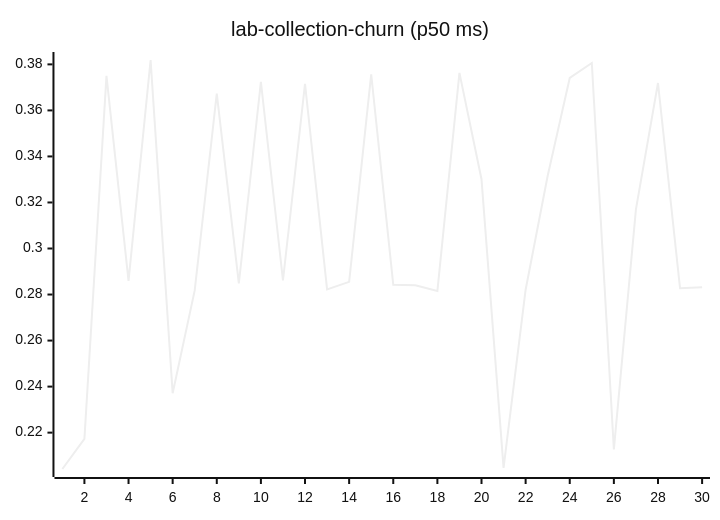
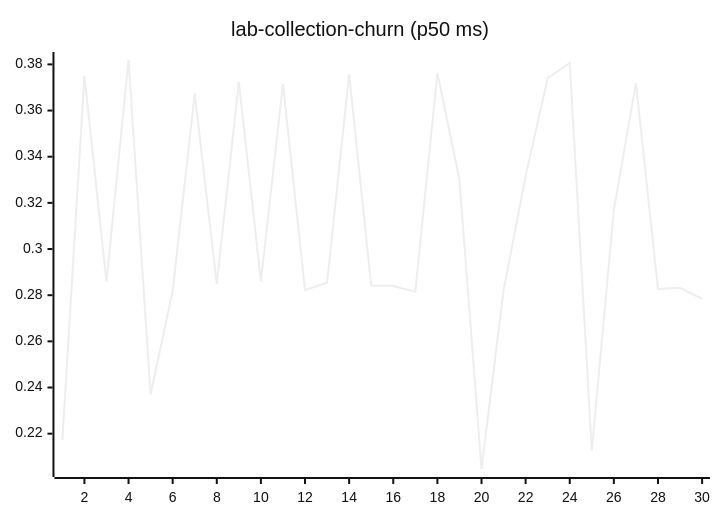
Before and after one commit to josha/Facet: diagram 11 of 27 in README.md, drawn with Mermaid (neutral theme). The commit also changed other lines of this file and 2 other files, not shown here.

````diff
--- a/README.md
+++ b/README.md
@@ -133,6 +133,6 @@
 ```mermaid
 xychart-beta
     title "lab-collection-churn (p50 ms)"
     x-axis 1 --> 30
-    line [0.2042, 0.2173, 0.3750, 0.2859, 0.3819, 0.2371, 0.2818, 0.3673, 0.2848, 0.3724, 0.2861, 0.3715, 0.2822, 0.2855, 0.3757, 0.2842, 0.2840, 0.2815, 0.3763, 0.3301, 0.2047, 0.2821, 0.3316, 0.3741, 0.3806, 0.2127, 0.3170, 0.3719, 0.2827, 0.2832]
+    line [0.2173, 0.3750, 0.2859, 0.3819, 0.2371, 0.2818, 0.3673, 0.2848, 0.3724, 0.2861, 0.3715, 0.2822, 0.2855, 0.3757, 0.2842, 0.2840, 0.2815, 0.3763, 0.3301, 0.2047, 0.2821, 0.3316, 0.3741, 0.3806, 0.2127, 0.3170, 0.3719, 0.2827, 0.2832, 0.2784]
 ```
````
